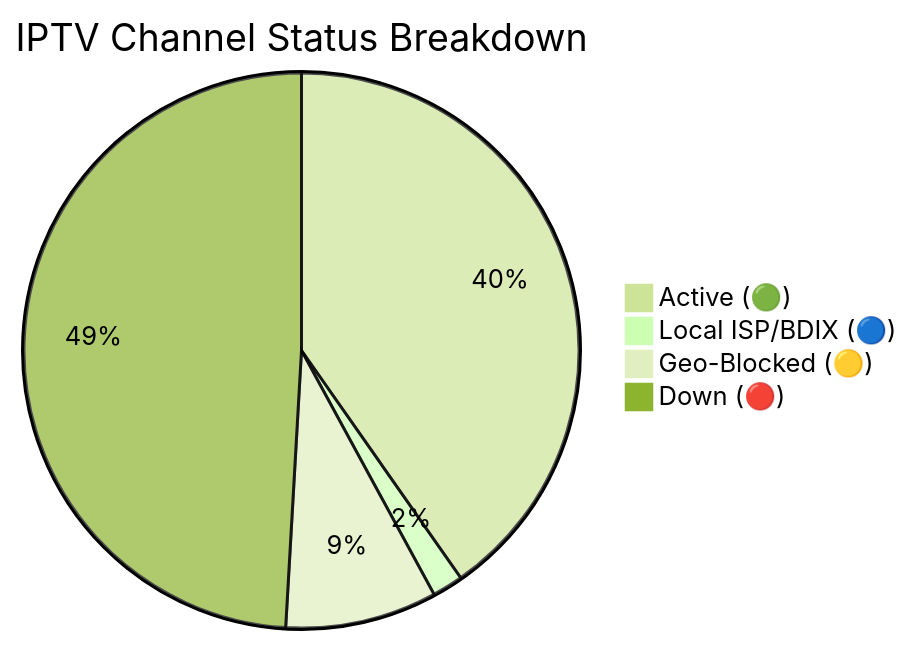
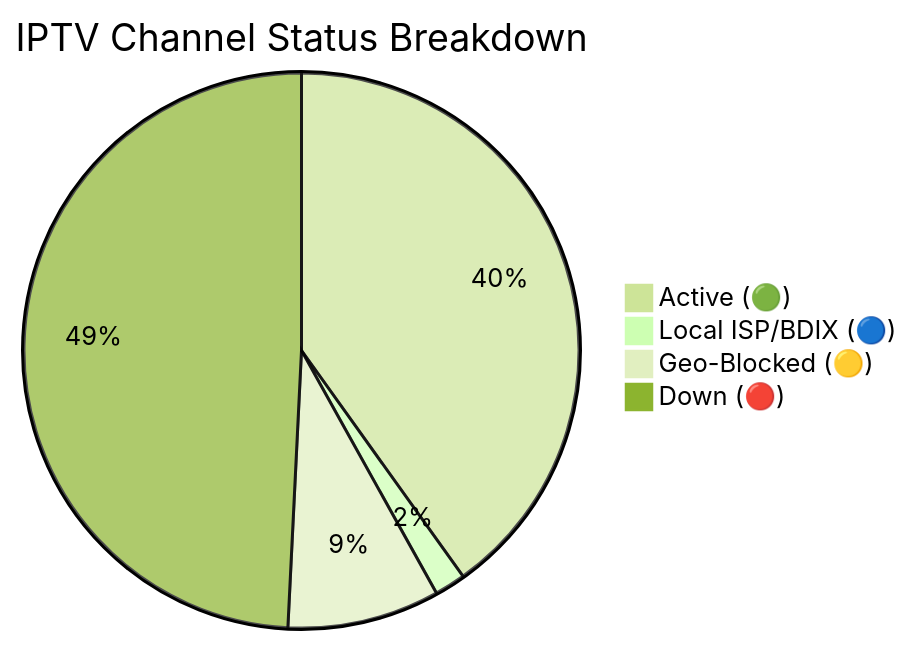
Before and after one commit to andreataylord/Ip-tv-Collection: the diagram in README.md, drawn with Mermaid (forest theme). The commit also changed other lines of this file and 1 other file, not shown here.

Commit message:
docs(readme): auto-update daily channel status chart

````diff
--- a/README.md
+++ b/README.md
@@ -59,7 +59,7 @@
 ```mermaid
 pie title IPTV Channel Status Breakdown
-    "Active (🟢)" : 2859
+    "Active (🟢)" : 2848
     "Local ISP/BDIX (🔵)" : 128
-    "Geo-Blocked (🟡)" : 627
-    "Down (🔴)" : 3485
+    "Geo-Blocked (🟡)" : 629
+    "Down (🔴)" : 3494
 ```
````
